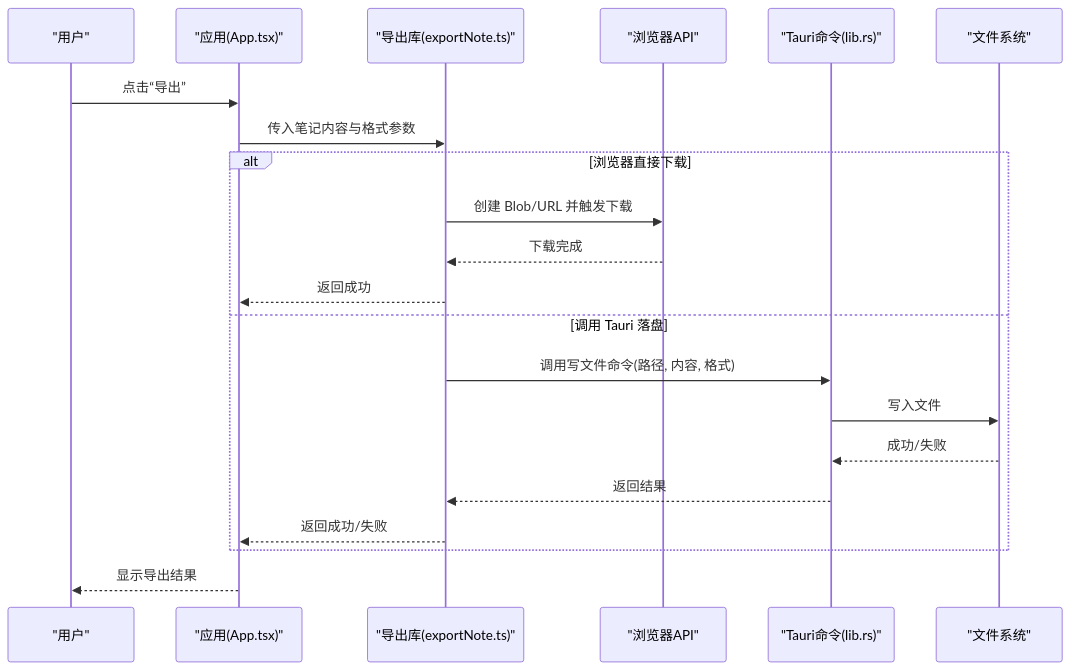
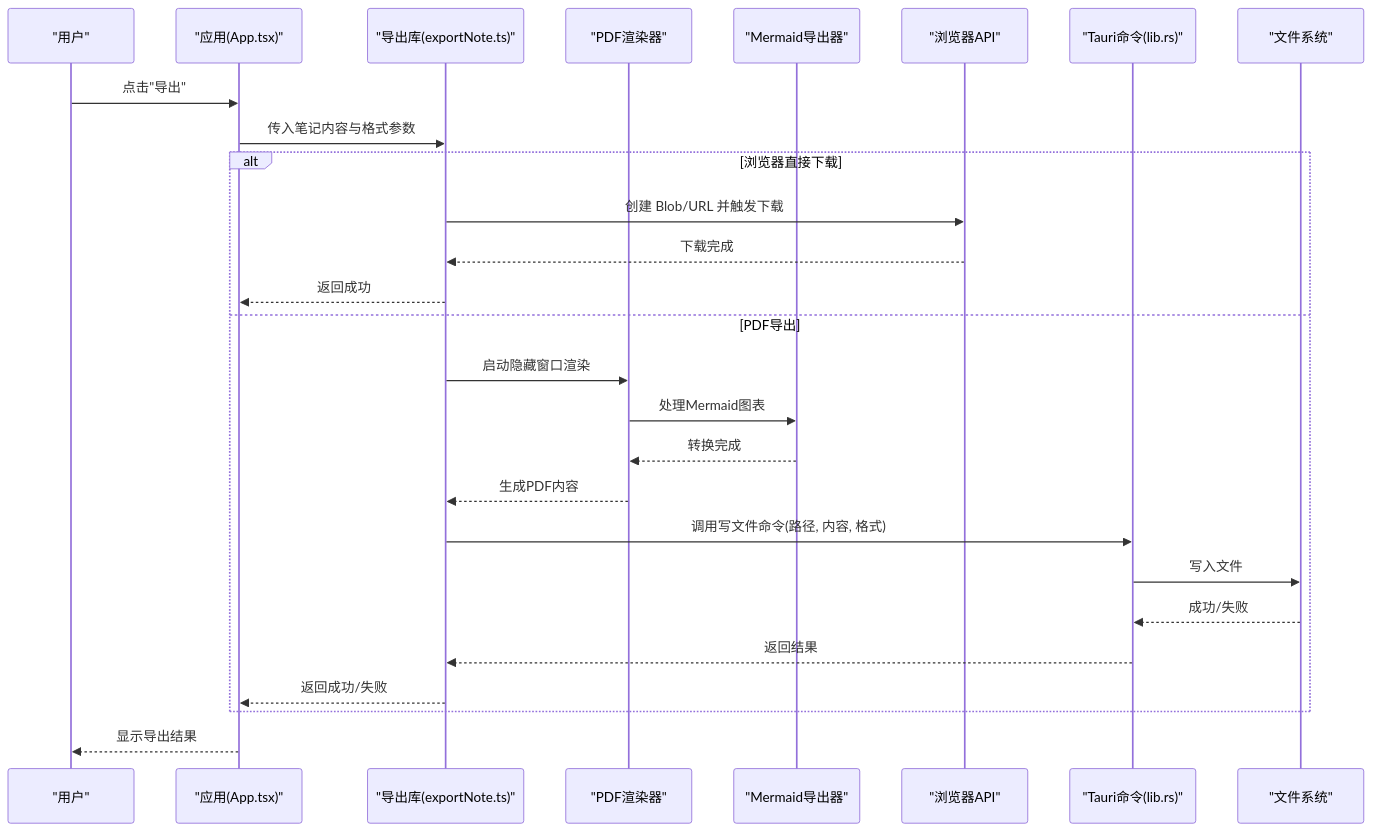
Before and after one commit to gongshiyun/ZenNote: the second of 4 diagrams in .qoder/repowiki/zh/content/核心组件/导出功能.md, drawn with Mermaid. The commit also changed other lines of this file and 21 other files, not shown here.

````diff
--- a/.qoder/repowiki/zh/content/核心组件/导出功能.md
+++ b/.qoder/repowiki/zh/content/核心组件/导出功能.md
@@ -98,23 +115,29 @@
 ```mermaid
 sequenceDiagram
 participant U as "用户"
 participant A as "应用(App.tsx)"
 participant E as "导出库(exportNote.ts)"
+participant P as "PDF渲染器"
+participant M as "Mermaid导出器"
 participant B as "浏览器API"
 participant T as "Tauri命令(lib.rs)"
 participant F as "文件系统"
-U->>A : 点击“导出”
+U->>A : 点击"导出"
 A->>E : 传入笔记内容与格式参数
 alt 浏览器直接下载
 E->>B : 创建 Blob/URL 并触发下载
 B-->>E : 下载完成
 E-->>A : 返回成功
-else 调用 Tauri 落盘
+else PDF导出
+E->>P : 启动隐藏窗口渲染
+P->>M : 处理Mermaid图表
+M-->>P : 转换完成
+P-->>E : 生成PDF内容
 E->>T : 调用写文件命令(路径, 内容, 格式)
 T->>F : 写入文件
 F-->>T : 成功/失败
 T-->>E : 返回结果
 E-->>A : 返回成功/失败
 end
 A-->>U : 显示导出结果
 ```
````
